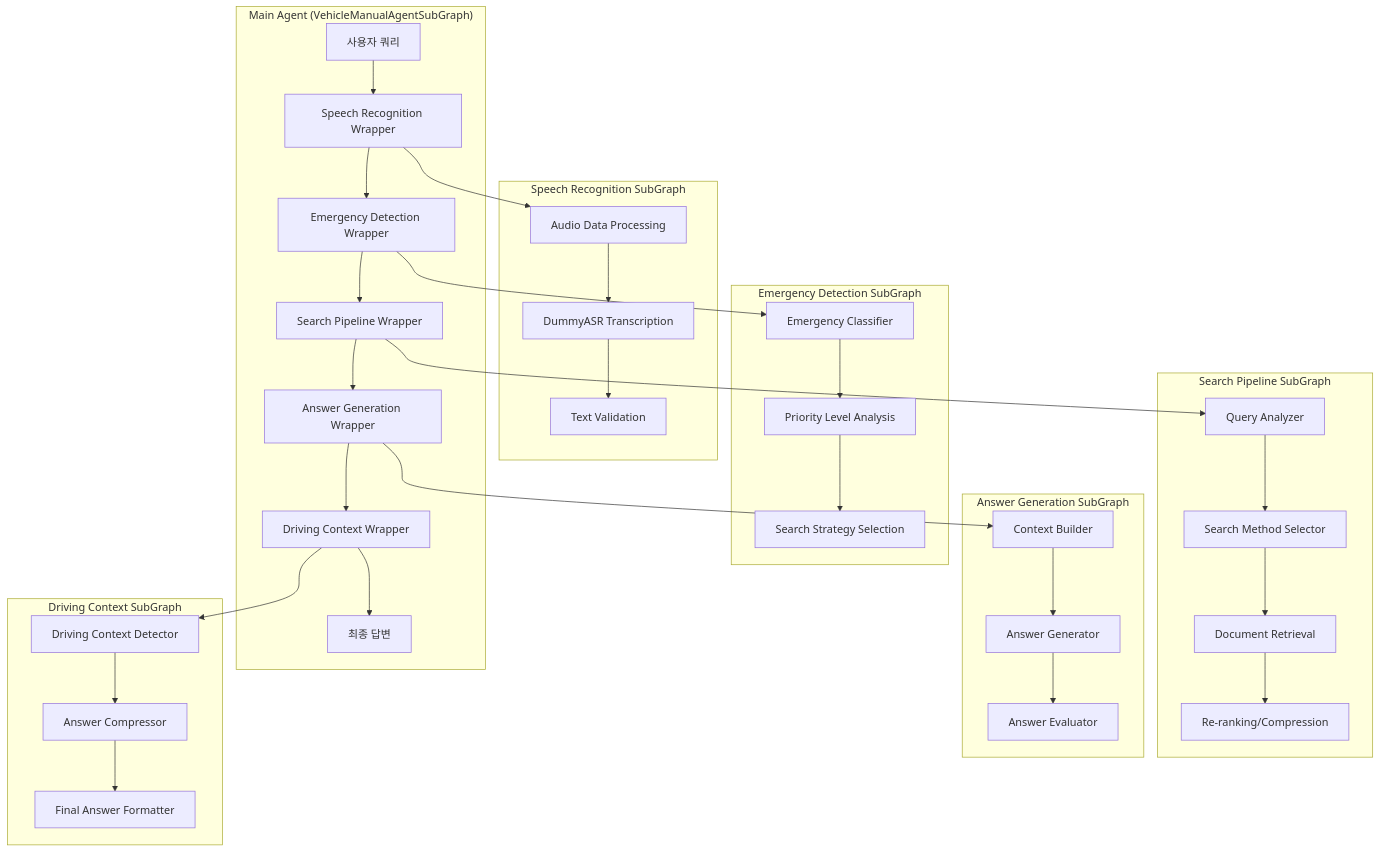
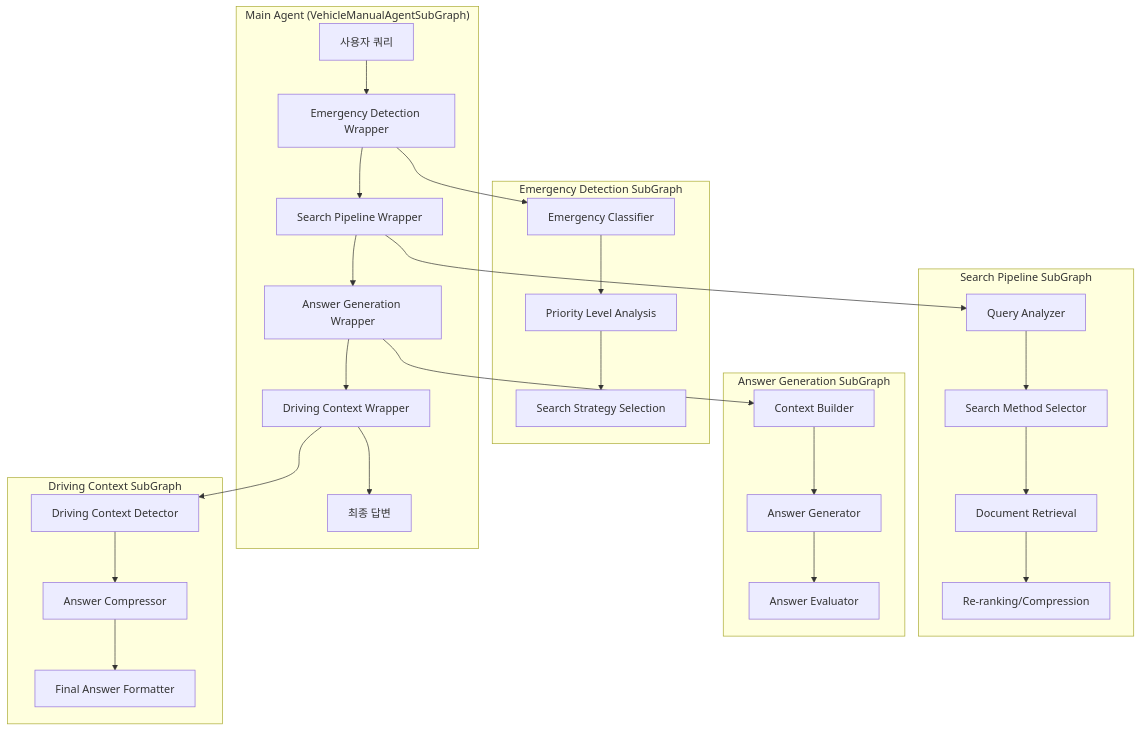
One commit to sungjikim/llm-project-vehicleManualAgent changed the second of 6 diagrams in vehicle_agent_flow_diagram.md. Above: the diagram before and after it, drawn with Mermaid. The commit also changed other lines of this file and 2 other files, not shown here.

Commit message:
diagram 보완 및 readme 보완 진행

````diff
--- a/vehicle_agent_flow_diagram.md
+++ b/vehicle_agent_flow_diagram.md
@@ -30,53 +29,44 @@
 ```mermaid
 graph TD
     subgraph "Main Agent (VehicleManualAgentSubGraph)"
-        A[사용자 쿼리] --> B[Speech Recognition Wrapper]
-        B --> C[Emergency Detection Wrapper]
-        C --> D[Search Pipeline Wrapper]
-        D --> E[Answer Generation Wrapper]
-        E --> F[Driving Context Wrapper]
-        F --> G[최종 답변]
+        A[사용자 쿼리] --> B[Emergency Detection Wrapper]
+        B --> C[Search Pipeline Wrapper]
+        C --> D[Answer Generation Wrapper]
+        D --> E[Driving Context Wrapper]
+        E --> F[최종 답변]
     end
     
-    subgraph "Speech Recognition SubGraph"
-        B1[Audio Data Processing]
-        B2[DummyASR Transcription]
-        B3[Text Validation]
+    subgraph "Emergency Detection SubGraph"
+        B1[Emergency Classifier]
+        B2[Priority Level Analysis]
+        B3[Search Strategy Selection]
         B1 --> B2 --> B3
     end
     
-    subgraph "Emergency Detection SubGraph"
-        C1[Emergency Classifier]
-        C2[Priority Level Analysis]
-        C3[Search Strategy Selection]
-        C1 --> C2 --> C3
-    end
-    
     subgraph "Search Pipeline SubGraph"
-        D1[Query Analyzer]
-        D2[Search Method Selector]
-        D3[Document Retrieval]
-        D4[Re-ranking/Compression]
-        D1 --> D2 --> D3 --> D4
+        C1[Query Analyzer]
+        C2[Search Method Selector]
+        C3[Document Retrieval]
+        C4[Re-ranking/Compression]
+        C1 --> C2 --> C3 --> C4
     end
     
     subgraph "Answer Generation SubGraph"
-        E1[Context Builder]
-        E2[Answer Generator]
-        E3[Answer Evaluator]
-        E1 --> E2 --> E3
+        D1[Context Builder]
+        D2[Answer Generator]
+        D3[Answer Evaluator]
+        D1 --> D2 --> D3
     end
     
     subgraph "Driving Context SubGraph"
-        F1[Driving Context Detector]
-        F2[Answer Compressor]
-        F3[Final Answer Formatter]
-        F1 --> F2 --> F3
+        E1[Driving Context Detector]
+        E2[Answer Compressor]
+        E3[Final Answer Formatter]
+        E1 --> E2 --> E3
     end
     
     B --> B1
     C --> C1
     D --> D1
     E --> E1
-    F --> F1
 ```
````
